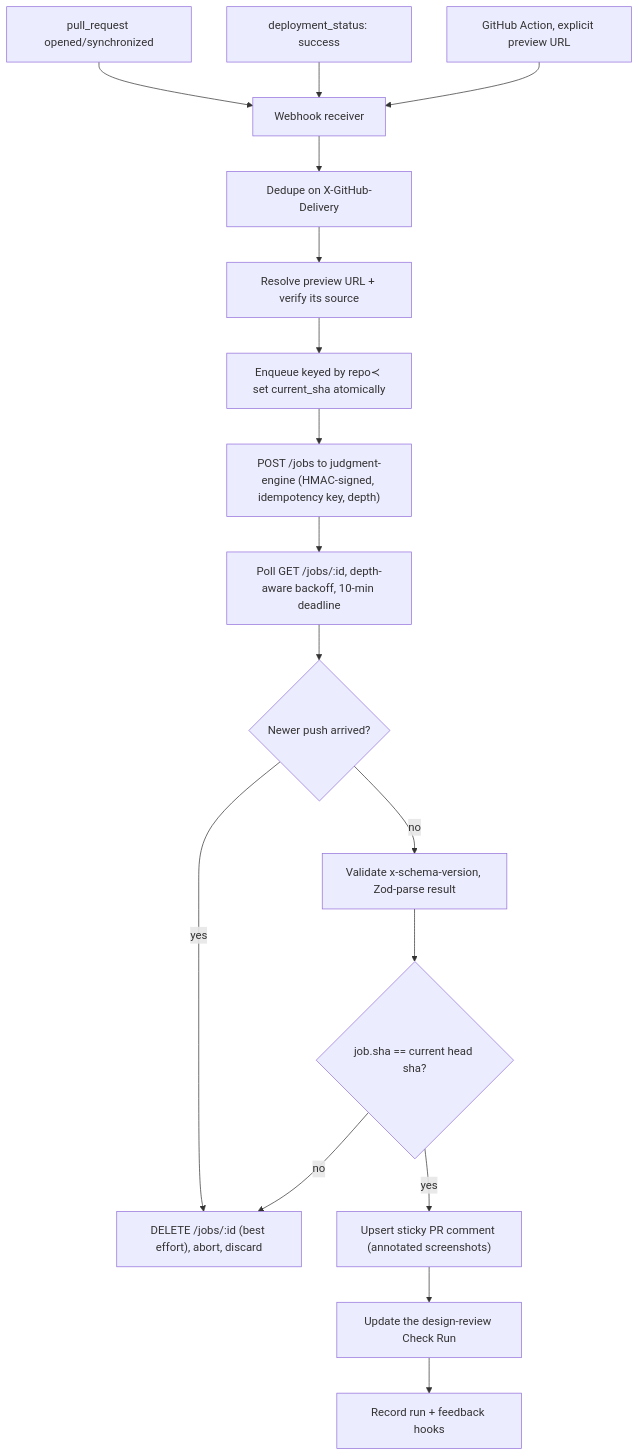
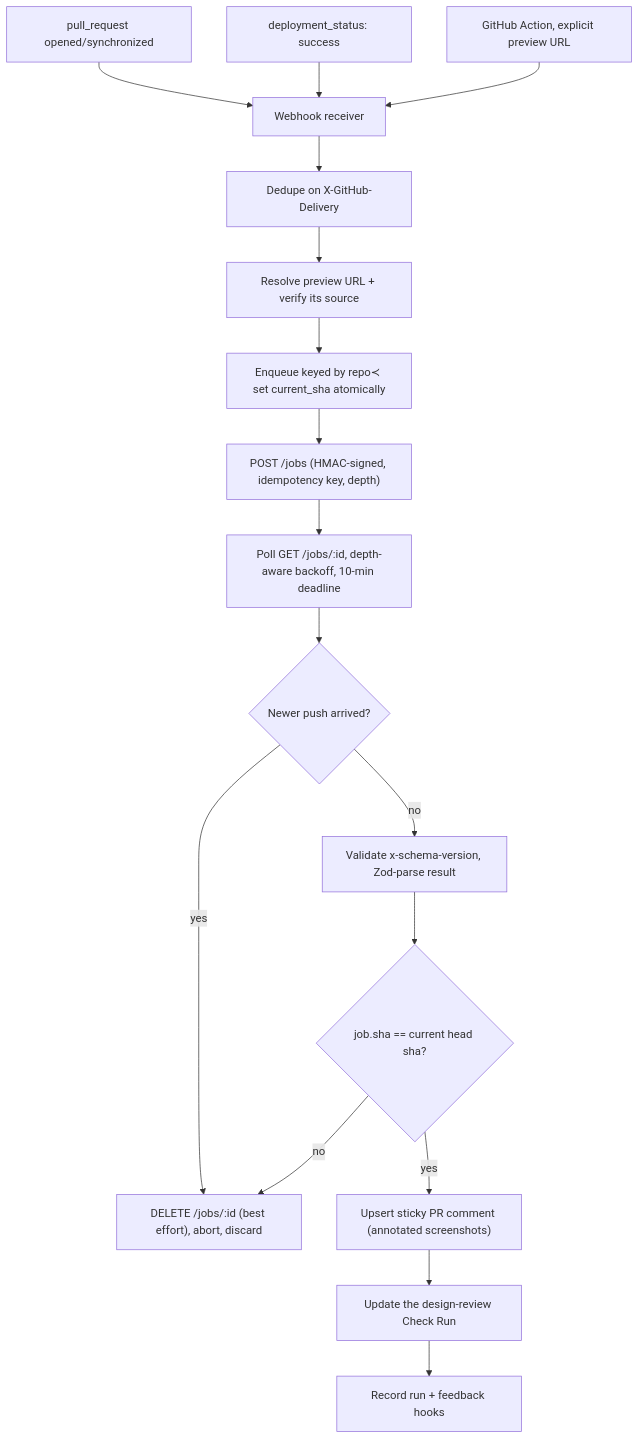
One commit to apatureai/gate changed the diagram in README.md. Above: the diagram before and after it, drawn with Mermaid. The commit also changed other lines of this file and 4 other files, not shown here.

````diff
--- a/README.md
+++ b/README.md
@@ -425,19 +457,19 @@
 ```mermaid
 flowchart TD
   A["pull_request opened/synchronized"] --> B["Webhook receiver"]
   C["deployment_status: success"] --> B
   D["GitHub Action, explicit preview URL"] --> B
   B --> B2["Dedupe on X-GitHub-Delivery"]
   B2 --> E["Resolve preview URL + verify its source"]
   E --> F["Enqueue keyed by repo#pr; set current_sha atomically"]
-  F --> G["POST /jobs to judgment-engine (HMAC-signed, idempotency key, depth)"]
+  F --> G["POST /jobs (HMAC-signed, idempotency key, depth)"]
   G --> H["Poll GET /jobs/:id, depth-aware backoff, 10-min deadline"]
   H --> SUP{"Newer push arrived?"}
   SUP -- yes --> X["DELETE /jobs/:id (best effort), abort, discard"]
   SUP -- no --> I["Validate x-schema-version, Zod-parse result"]
   I --> J{"job.sha == current head sha?"}
   J -- no --> X
   J -- yes --> K["Upsert sticky PR comment (annotated screenshots)"]
   K --> L["Update the design-review Check Run"]
   L --> M["Record run + feedback hooks"]
 ```
````
